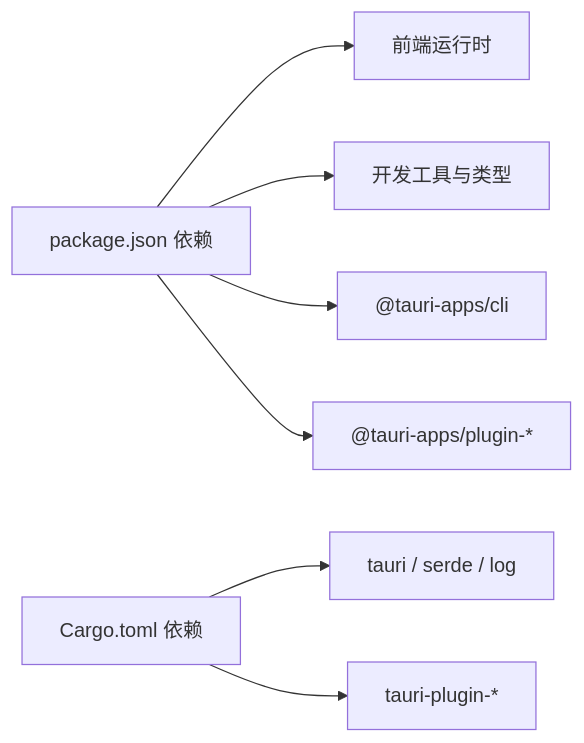
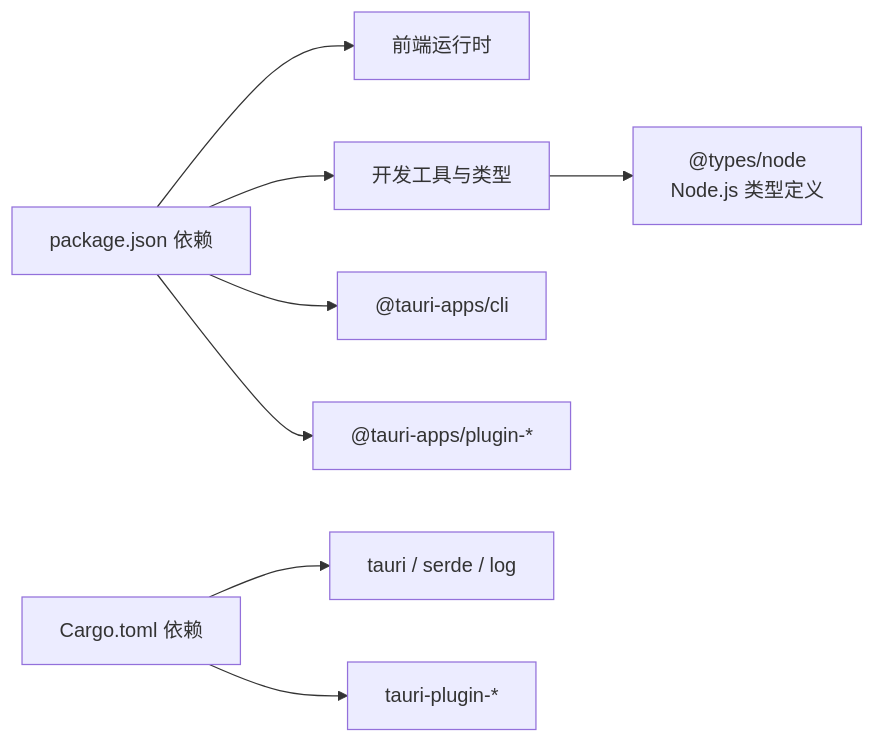
The eighth of 8 diagrams in .qoder/repowiki/zh/content/开发指南/开发指南.md (yn-zxj/Assetly), drawn with Mermaid before and after one commit. The commit also changed other lines of this file and 16 other files, not shown here.

````diff
--- a/.qoder/repowiki/zh/content/开发指南/开发指南.md
+++ b/.qoder/repowiki/zh/content/开发指南/开发指南.md
@@ -256,9 +298,10 @@
 ```mermaid
 graph LR
 Pkg["package.json 依赖"] --> FE["前端运行时"]
 Pkg --> Dev["开发工具与类型"]
 Pkg --> TauriCLI["@tauri-apps/cli"]
 Pkg --> Plugins["@tauri-apps/plugin-*"]
+Dev --> NodeTypes["@types/node<br/>Node.js 类型定义"]
 Cargo["Cargo.toml 依赖"] --> RustCore["tauri / serde / log"]
 Cargo --> TauriPlugins["tauri-plugin-*"]
 ```
````
